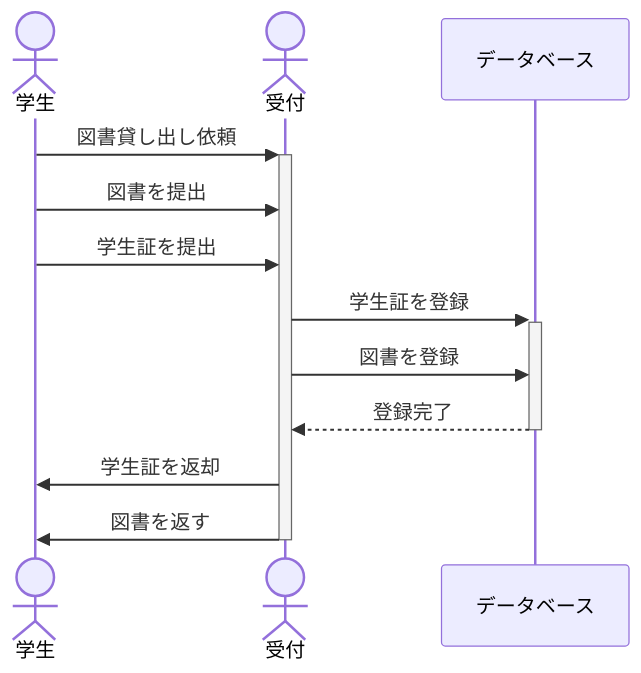
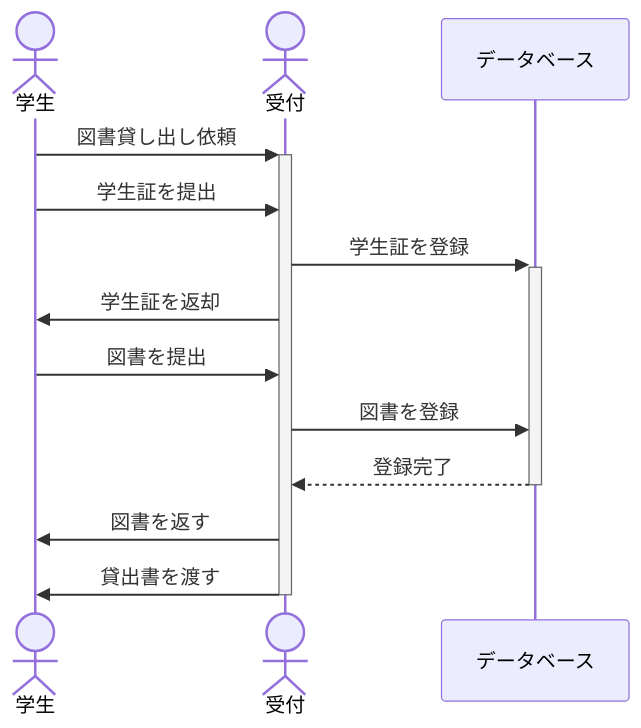
The diagram in zugagijutu/第6回/ensyu.md (rrr-bit00/kougi), drawn with Mermaid before and after one commit. The commit also changed 1 other file, not shown here.

````diff
--- a/zugagijutu/第6回/ensyu.md
+++ b/zugagijutu/第6回/ensyu.md
@@ -1,18 +1,20 @@
 ```mermaid
 
 sequenceDiagram
 actor s as 学生
 actor r as 受付
 participant db as データベース
 
 s ->>+ r: 図書貸し出し依頼
-s ->> r: 図書を提出
 s ->> r: 学生証を提出
 
 r ->>+ db: 学生証を登録
+r ->> s: 学生証を返却
+
+s ->> r: 図書を提出
 r ->> db: 図書を登録
 db -->>- r: 登録完了
 
-r ->> s: 学生証を返却
-r ->>- s: 図書を返す
+r ->> s: 図書を返す
+r ->>- s: 貸出書を渡す
 ```
````
